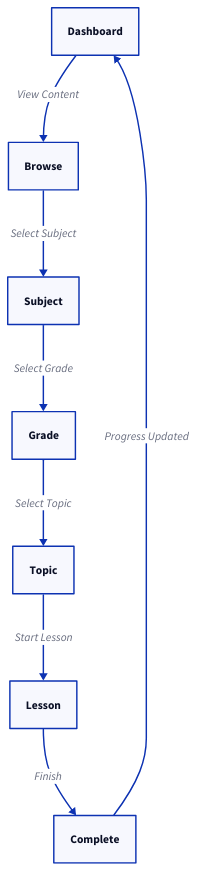
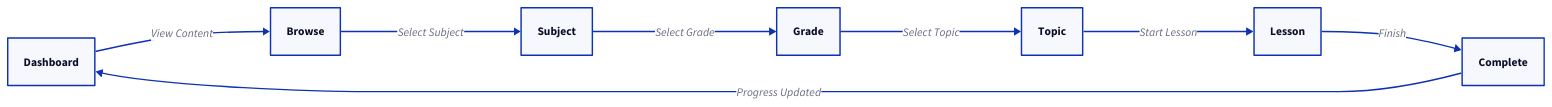
The second of 2 diagrams in docs/specs/00-brs/cases.md (philongdanh/lms), drawn with D2 before and after one commit. The commit also changed 5 other files, not shown here.

````diff
--- a/docs/specs/00-brs/cases.md
+++ b/docs/specs/00-brs/cases.md
@@ -91,11 +91,11 @@
 ```d2
-direction: down
+direction: right
 
 Dashboard -> Browse: View Content
 Browse -> Subject: Select Subject
 Subject -> Grade: Select Grade
 Grade -> Topic: Select Topic
 Topic -> Lesson: Start Lesson
 Lesson -> Complete: Finish
 Complete -> Dashboard: Progress Updated
 ```
````
